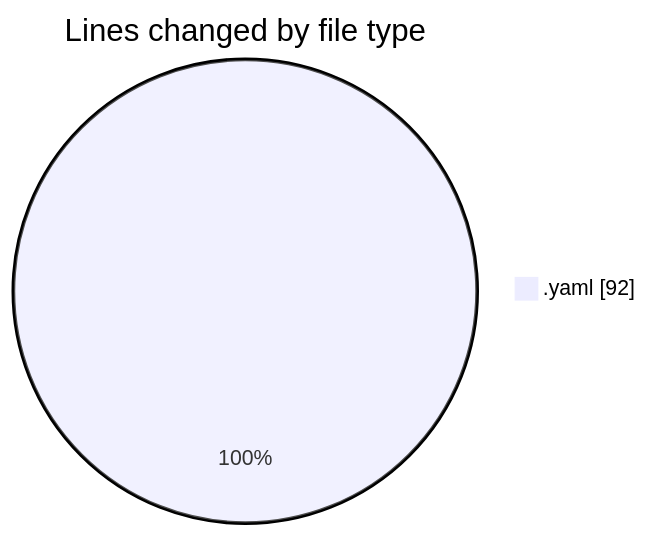
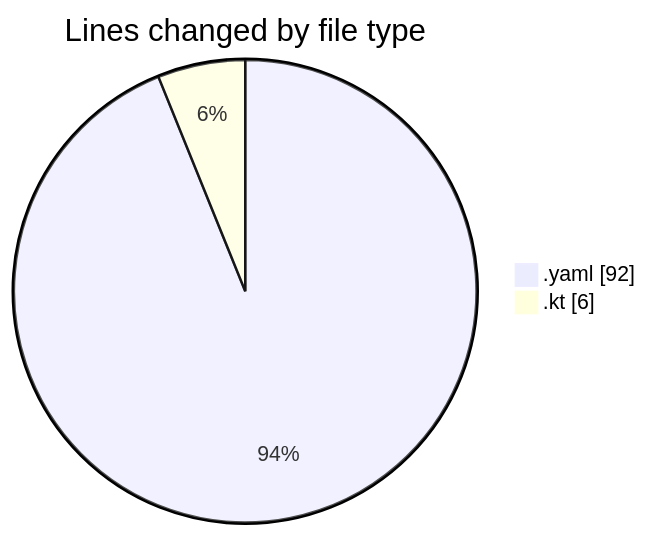
One commit to donsfak/code-tracking changed the first of 2 diagrams in 2025-02-19/uber_clone/README.md. Above: the diagram before and after it, drawn with Mermaid. The commit also changed other lines of this file and 1 other file, not shown here.

````diff
--- a/2025-02-19/uber_clone/README.md
+++ b/2025-02-19/uber_clone/README.md
@@ -20,5 +21,6 @@
 ```mermaid
 pie showData
 title Lines changed by file type
 ".yaml" : 92
+".kt" : 6
 ```
````
